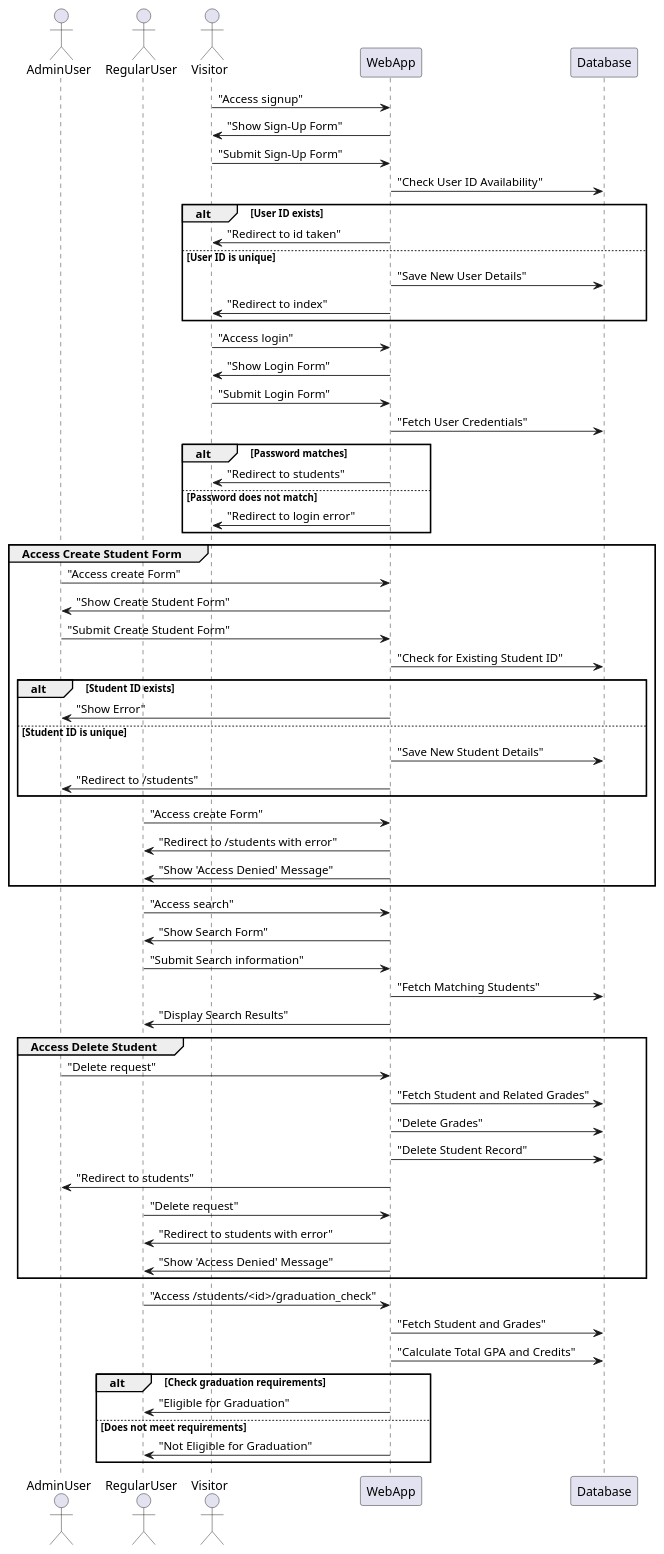
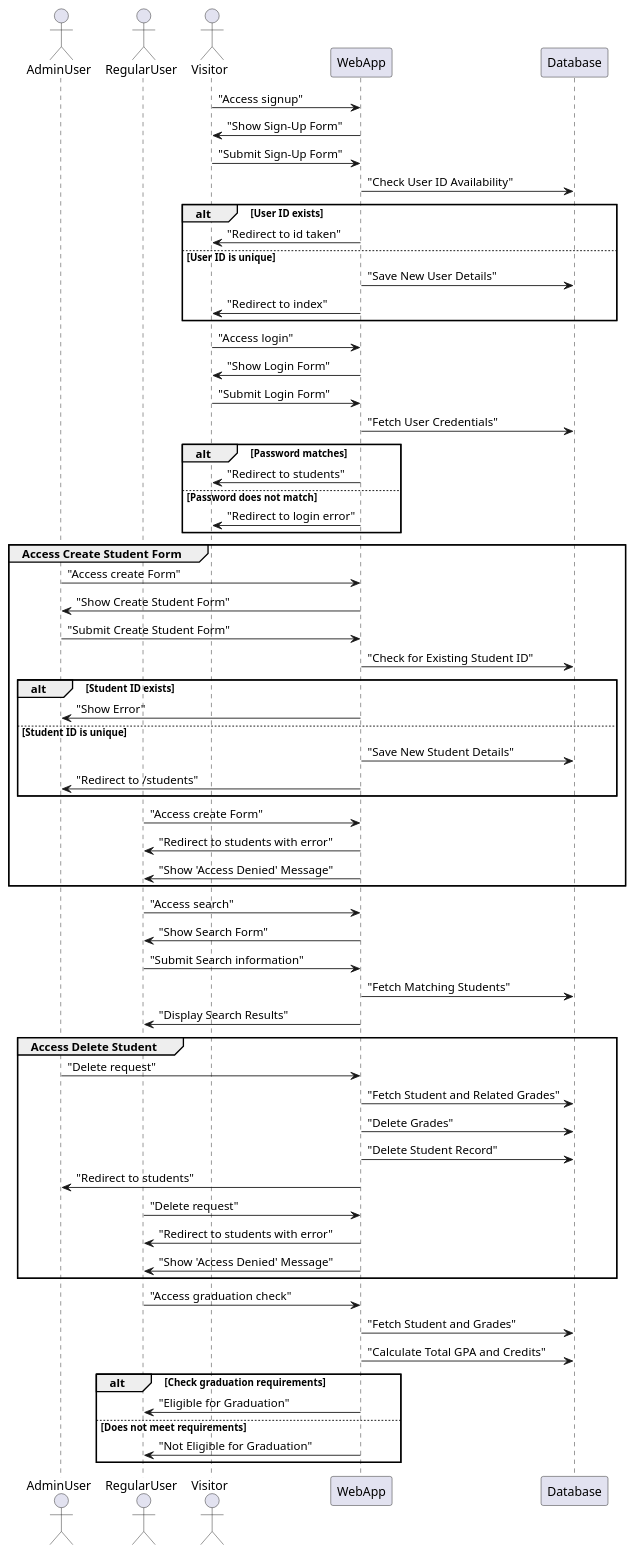
The diagram in uml/sequence.wsd (msu-denver/project-3-student-management-blueteam), drawn with PlantUML before and after one commit.

```diff
--- a/uml/sequence.wsd
+++ b/uml/sequence.wsd
@@ -1,75 +1,75 @@
 @startuml
 
 actor AdminUser
 actor RegularUser
 actor Visitor
 participant WebApp as App
 participant Database as DB
 
 
 Visitor -> App: "Access signup"
 App -> Visitor: "Show Sign-Up Form"
 Visitor -> App: "Submit Sign-Up Form"
 App -> DB: "Check User ID Availability"
 alt User ID exists
     App -> Visitor: "Redirect to id taken"
 else User ID is unique
     App -> DB: "Save New User Details"
     App -> Visitor: "Redirect to index"
 end
 
 Visitor -> App: "Access login"
 App -> Visitor: "Show Login Form"
 Visitor -> App: "Submit Login Form"
 App -> DB: "Fetch User Credentials"
 alt Password matches
     App -> Visitor: "Redirect to students"
 else Password does not match
     App -> Visitor: "Redirect to login error"
 end
 
 group Access Create Student Form
     AdminUser -> App: "Access create Form"
     App -> AdminUser: "Show Create Student Form"
     AdminUser -> App: "Submit Create Student Form"
     App -> DB: "Check for Existing Student ID"
     alt Student ID exists
         App -> AdminUser: "Show Error"
     else Student ID is unique
         App -> DB: "Save New Student Details"
         App -> AdminUser: "Redirect to /students"
     end
 
     RegularUser -> App: "Access create Form"
-    App -> RegularUser: "Redirect to /students with error"
+    App -> RegularUser: "Redirect to students with error"
     App -> RegularUser: "Show 'Access Denied' Message"
 end
 
 RegularUser -> App: "Access search"
 App -> RegularUser: "Show Search Form"
 RegularUser -> App: "Submit Search information"
 App -> DB: "Fetch Matching Students"
 App -> RegularUser: "Display Search Results"
 
 group Access Delete Student
     AdminUser -> App: "Delete request"
     App -> DB: "Fetch Student and Related Grades"
     App -> DB: "Delete Grades"
     App -> DB: "Delete Student Record"
     App -> AdminUser: "Redirect to students"
 
     RegularUser -> App: "Delete request"
     App -> RegularUser: "Redirect to students with error"
     App -> RegularUser: "Show 'Access Denied' Message"
 end
 
-RegularUser -> App: "Access /students/<id>/graduation_check"
+RegularUser -> App: "Access graduation check"
 App -> DB: "Fetch Student and Grades"
 App -> DB: "Calculate Total GPA and Credits"
 alt Check graduation requirements
     App -> RegularUser: "Eligible for Graduation"
 else Does not meet requirements
     App -> RegularUser: "Not Eligible for Graduation"
 end
 
 @enduml
```
